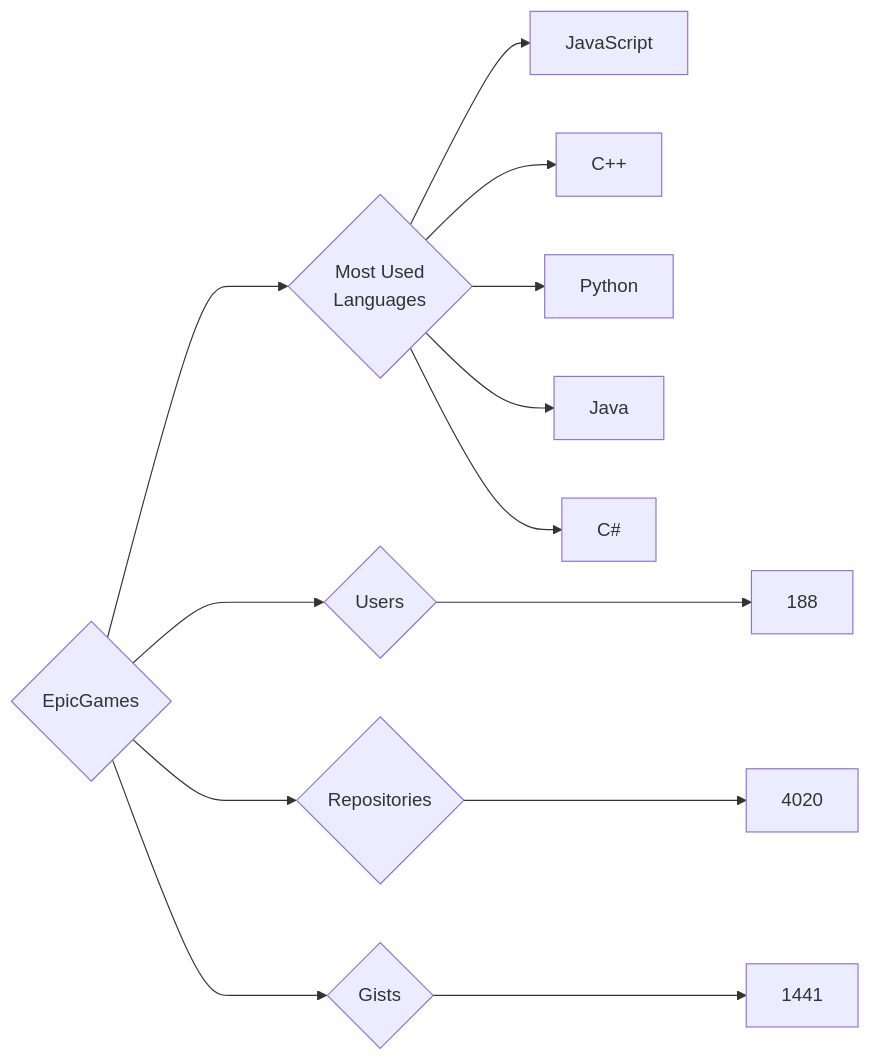
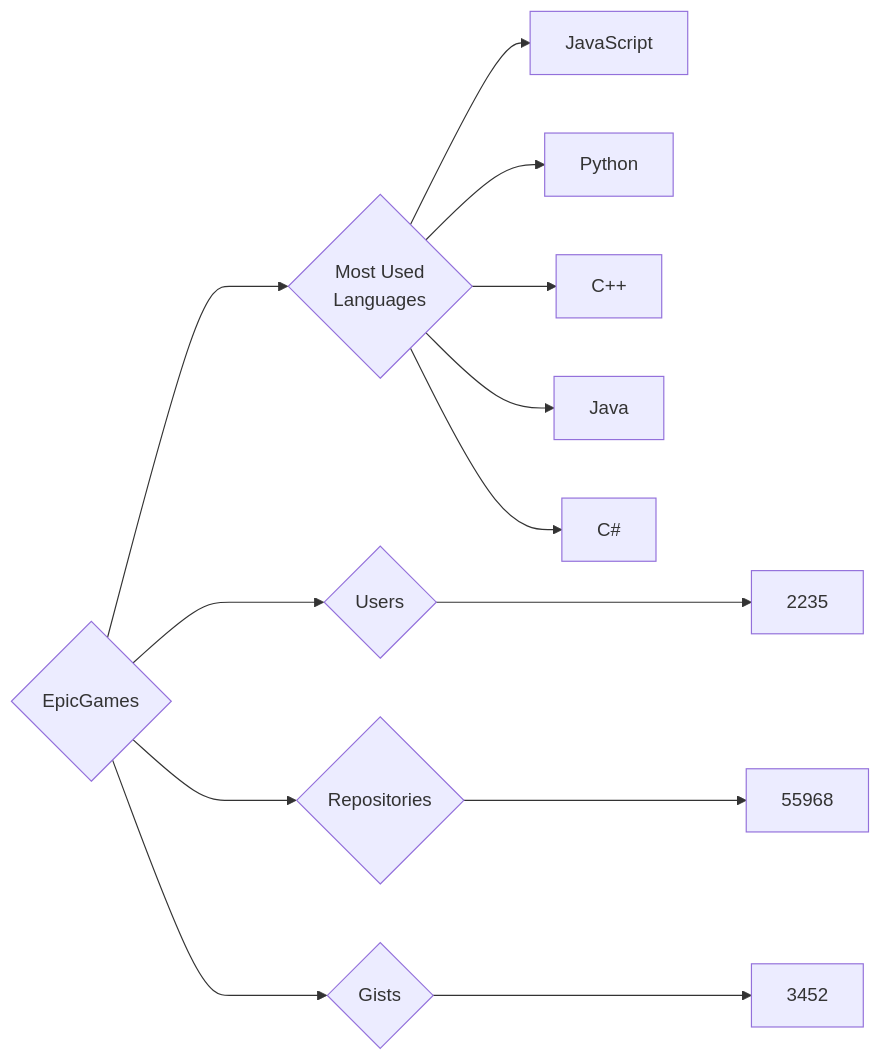
Before and after one commit to trickest/insiders: the diagram in targets/EpicGames/README.md, drawn with Mermaid. The commit also changed 953 other files, not shown here.

````diff
--- a/targets/EpicGames/README.md
+++ b/targets/EpicGames/README.md
@@ -3,13 +3,13 @@
 ```mermaid
 graph LR
 COMPANY_NAME{EpicGames}
-COMPANY_NAME ---> U{Users} ---> UN[188]
-COMPANY_NAME ---> R{Repositories} ---> RN[4020]
-COMPANY_NAME ---> G{Gists} ---> GN[1441]
+COMPANY_NAME ---> U{Users} ---> UN[2235]
+COMPANY_NAME ---> R{Repositories} ---> RN[55968]
+COMPANY_NAME ---> G{Gists} ---> GN[3452]
 COMPANY_NAME ---> ML{Most Used<br>Languages}
 ML --> JavaScript[JavaScript]
+ML --> Python[Python]
 ML --> C++[C++]
-ML --> Python[Python]
 ML --> Java[Java]
 ML --> C#[C#]
 ```
````
